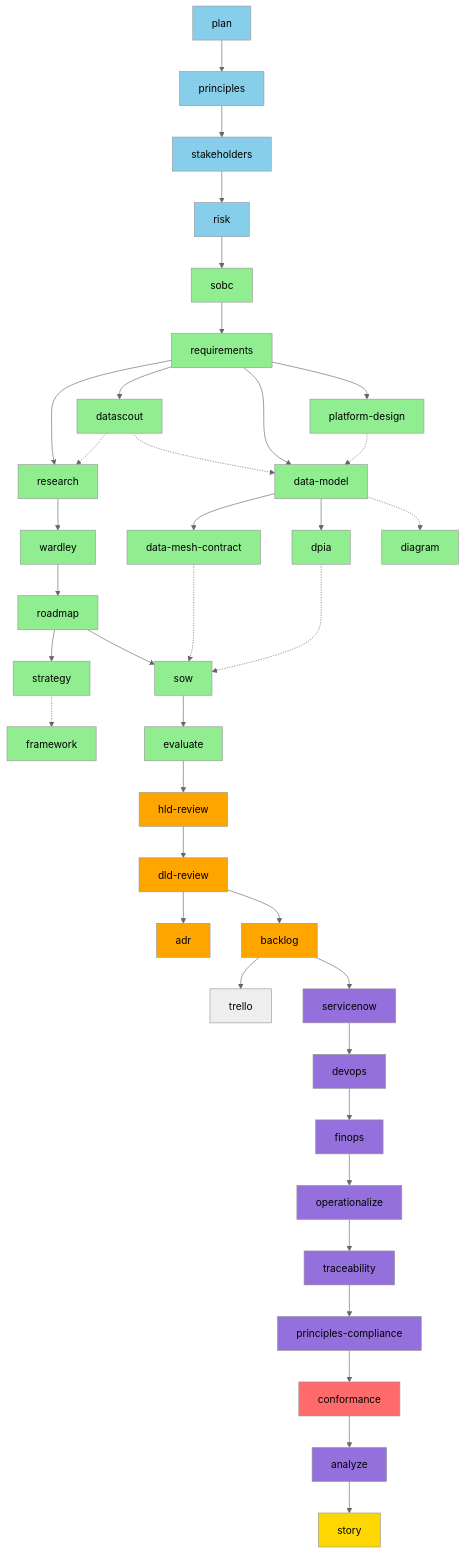
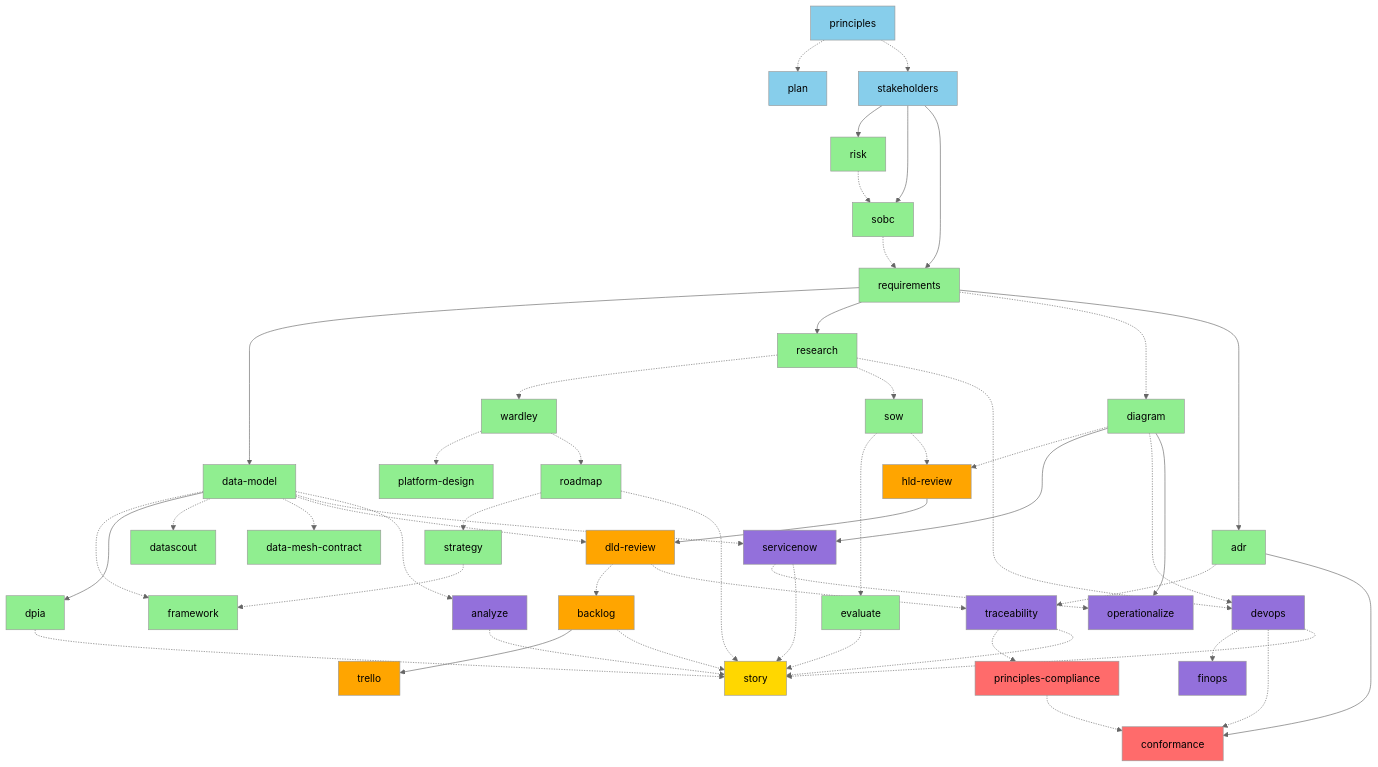
Before and after one commit to tractorjuice/arc-kit: the first of 14 diagrams in docs/WORKFLOW-DIAGRAMS.md, drawn with Mermaid (neutral theme). The commit also changed other lines of this file, not shown here.

First line of the commit message:
docs: redraw WORKFLOW-DIAGRAMS.md from the dependency data

````diff
--- a/docs/WORKFLOW-DIAGRAMS.md
+++ b/docs/WORKFLOW-DIAGRAMS.md
@@ -22,90 +31,136 @@
 ```mermaid
 graph TD
-    %% Tier 0-1: Foundation
-    A[plan] --> B[principles]
-    B --> C[stakeholders]
-    C --> D[risk]
+    %% Tier 0
+    principles[principles]
+    plan[plan]
+    %% Tier 1
+    stakeholders[stakeholders]
+    %% Tier 2
+    risk[risk]
+    %% Tier 3
+    sobc[sobc]
+    %% Tier 4
+    requirements[requirements]
+    %% Tier 5
+    platform_design[platform-design]
+    roadmap[roadmap]
+    strategy[strategy]
+    framework[framework]
+    %% Tier 6
+    data_model[data-model]
+    dpia[dpia]
+    research[research]
+    datascout[datascout]
+    wardley[wardley]
+    diagram[diagram]
+    adr[adr]
+    data_mesh_contract[data-mesh-contract]
+    %% Tier 7
+    sow[sow]
+    evaluate[evaluate]
+    %% Tier 8
+    hld_review[hld-review]
+    dld_review[dld-review]
+    %% Tier 9
+    backlog[backlog]
+    %% Tier 10
+    trello[trello]
+    %% Tier 11
+    servicenow[servicenow]
+    devops[devops]
+    finops[finops]
+    operationalize[operationalize]
+    traceability[traceability]
+    %% Tier 12
+    analyze[analyze]
+    %% Tier 13
+    principles_compliance[principles-compliance]
+    conformance[conformance]
+    %% Tier 14
+    story[story]
 
-    %% Tier 2-4: Business Case & Requirements
-    D --> E[sobc]
-    E --> F[requirements]
+    principles -.-> plan
+    principles -.-> stakeholders
+    stakeholders --> risk
+    stakeholders --> sobc
+    risk -.-> sobc
+    stakeholders --> requirements
+    sobc -.-> requirements
+    wardley -.-> platform_design
+    wardley -.-> roadmap
+    roadmap -.-> strategy
+    strategy -.-> framework
+    data_model -.-> framework
+    requirements --> data_model
+    data_model --> dpia
+    requirements --> research
+    data_model -.-> datascout
+    research -.-> wardley
+    requirements -.-> diagram
+    requirements --> adr
+    data_model -.-> data_mesh_contract
+    research -.-> sow
+    sow -.-> evaluate
+    diagram -.-> hld_review
+    sow -.-> hld_review
+    data_model -.-> dld_review
+    hld_review --> dld_review
+    dld_review -.-> backlog
+    backlog --> trello
+    data_model -.-> servicenow
+    diagram --> servicenow
+    research -.-> devops
+    diagram -.-> devops
+    devops -.-> finops
+    diagram --> operationalize
+    servicenow -.-> operationalize
+    adr -.-> traceability
+    dld_review -.-> traceability
+    data_model -.-> analyze
+    traceability -.-> principles_compliance
+    adr --> conformance
+    devops -.-> conformance
+    principles_compliance -.-> conformance
+    roadmap -.-> story
+    dpia -.-> story
+    evaluate -.-> story
+    backlog -.-> story
+    servicenow -.-> story
+    devops -.-> story
+    traceability -.-> story
+    analyze -.-> story
 
-    %% Tier 5-6: Strategy & Design
-    F --> G[platform-design]
-    F --> F1[datascout]
-    F1 -.-> H
-    F --> H[data-model]
-    G -.-> H
-    H --> I[data-mesh-contract]
-    H --> J[dpia]
-    F --> K[research]
-    F1 -.-> K
-    K --> L[wardley]
-    L --> M[roadmap]
-    M --> M1[strategy]
-    M1 -.-> M2[framework]
-    H -.-> N[diagram]
-
-    %% Tier 7: Procurement
-    M --> O[sow]
-    I -.-> O
-    J -.-> O
-    O --> P[evaluate]
-
-    %% Tier 8: Design Reviews
-    P --> Q[hld-review]
-    Q --> R[dld-review]
-    R --> S[adr]
-
-    %% Tier 9: Implementation
-    R --> T[backlog]
-
-    %% Tier 10: Backlog Export
-    T --> T1[trello]
-
-    %% Tier 11-12: Operations & Quality
-    T --> U[servicenow]
-    U --> U1[devops]
-    U1 --> U1a[finops]
-    U1a --> U2[operationalize]
-    U2 --> V[traceability]
-    V --> V1[principles-compliance]
-    V1 --> V2[conformance]
-    V2 --> W[analyze]
-
-    %% Tier 14: Reporting
-    W --> X[story]
-
-    style A fill:#87CEEB
-    style B fill:#87CEEB
-    style C fill:#87CEEB
-    style D fill:#87CEEB
-    style E fill:#90EE90
-    style F fill:#90EE90
-    style F1 fill:#90EE90
-    style G fill:#90EE90
-    style H fill:#90EE90
-    style I fill:#90EE90
-    style J fill:#90EE90
-    style K fill:#90EE90
-    style L fill:#90EE90
-    style M fill:#90EE90
-    style M1 fill:#90EE90
-    style M2 fill:#90EE90
-    style N fill:#90EE90
-    style O fill:#90EE90
-    style P fill:#90EE90
-    style Q fill:#FFA500
-    style R fill:#FFA500
-    style S fill:#FFA500
-    style T fill:#FFA500
-    style U fill:#9370DB
-    style U1 fill:#9370DB
-    style U1a fill:#9370DB
-    style U2 fill:#9370DB
-    style V fill:#9370DB
-    style V1 fill:#9370DB
-    style V2 fill:#FF6B6B
-    style W fill:#9370DB
-    style X fill:#FFD700
+    style principles fill:#87CEEB
+    style plan fill:#87CEEB
+    style stakeholders fill:#87CEEB
+    style risk fill:#90EE90
+    style sobc fill:#90EE90
+    style requirements fill:#90EE90
+    style platform_design fill:#90EE90
+    style roadmap fill:#90EE90
+    style strategy fill:#90EE90
+    style framework fill:#90EE90
+    style data_model fill:#90EE90
+    style dpia fill:#90EE90
+    style research fill:#90EE90
+    style datascout fill:#90EE90
+    style wardley fill:#90EE90
+    style diagram fill:#90EE90
+    style adr fill:#90EE90
+    style data_mesh_contract fill:#90EE90
+    style sow fill:#90EE90
+    style evaluate fill:#90EE90
+    style hld_review fill:#FFA500
+    style dld_review fill:#FFA500
+    style backlog fill:#FFA500
+    style trello fill:#FFA500
+    style servicenow fill:#9370DB
+    style devops fill:#9370DB
+    style finops fill:#9370DB
+    style operationalize fill:#9370DB
+    style traceability fill:#9370DB
+    style analyze fill:#9370DB
+    style principles_compliance fill:#FF6B6B
+    style conformance fill:#FF6B6B
+    style story fill:#FFD700
 ```
````
